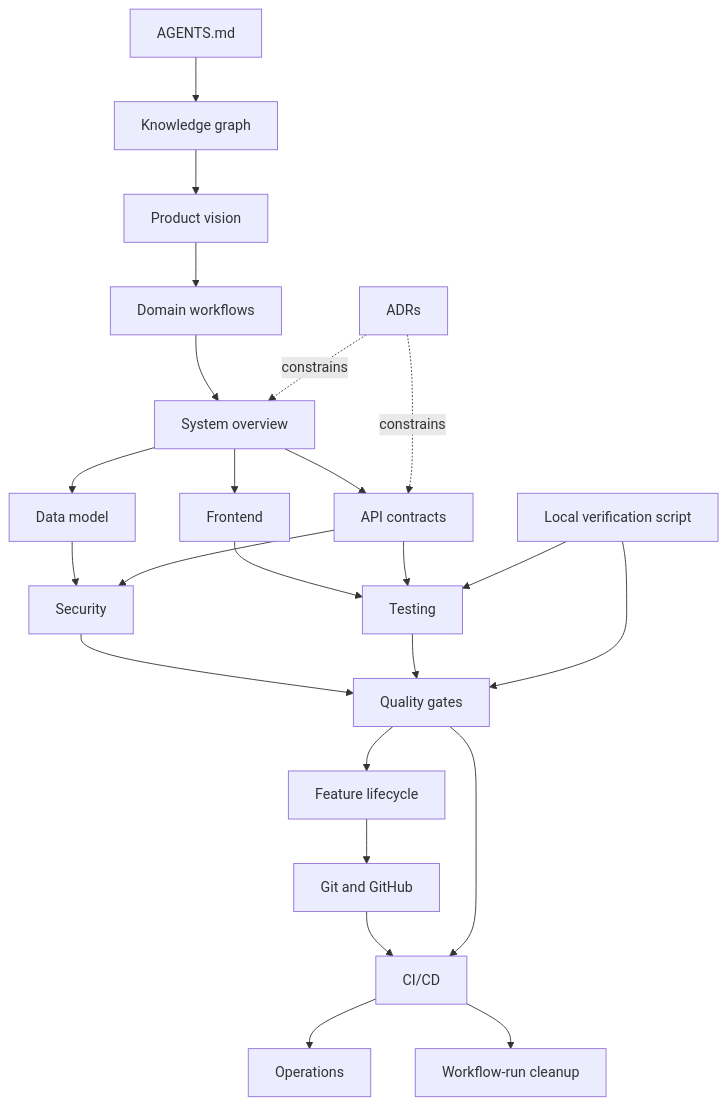
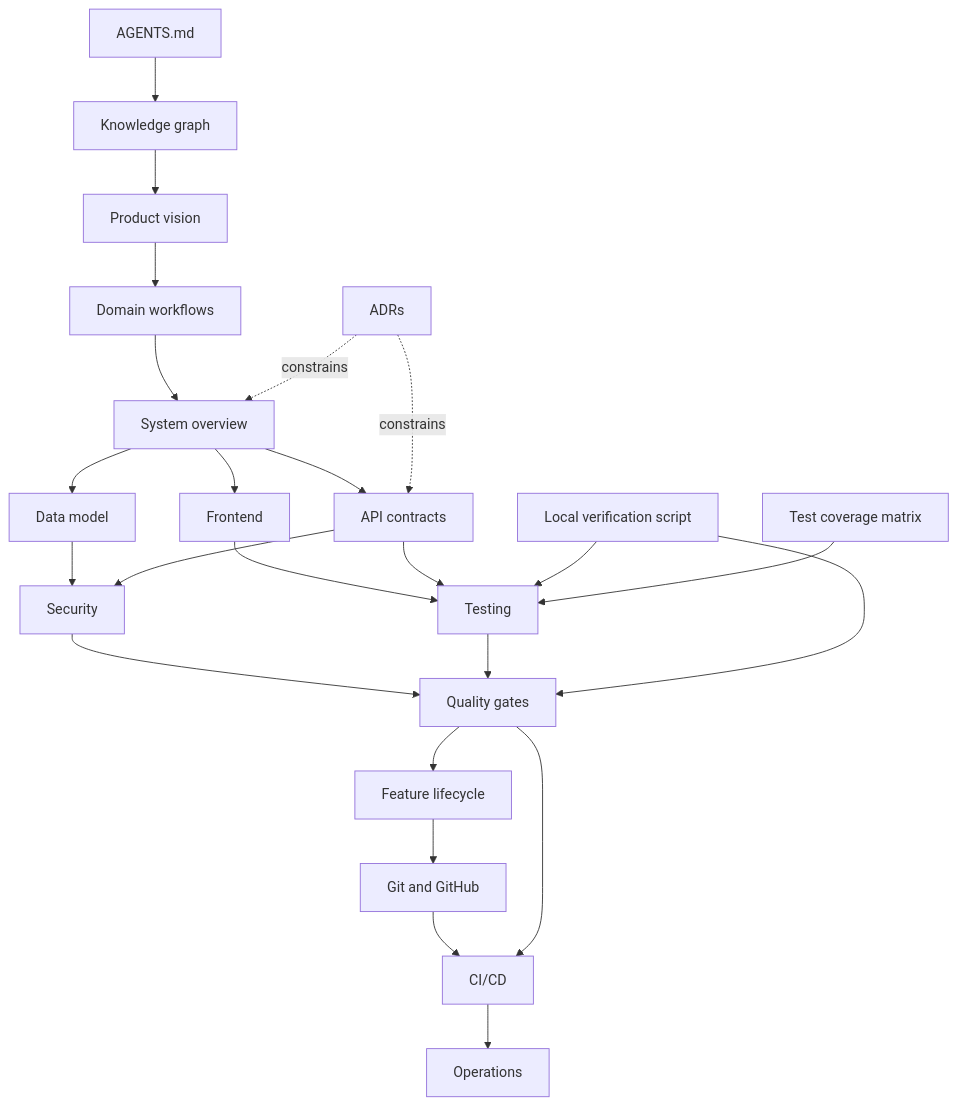
The diagram in docs/knowledge-graph.md (AminBrave/rad-art-marketplace), drawn with Mermaid before and after one commit. The commit also changed other lines of this file and 8 other files, not shown here.

Commit message:
test: establish domain-based testing architecture and coverage matrix

````diff
--- a/docs/knowledge-graph.md
+++ b/docs/knowledge-graph.md
@@ -5,26 +5,26 @@
-```mermaid
+~~~mermaid
 flowchart TD
  A[AGENTS.md] --> K[Knowledge graph]
  K --> P[Product vision]
  P --> D[Domain workflows]
  D --> S[System overview]
  S --> M[Data model]
  S --> F[Frontend]
  S --> API[API contracts]
  M --> SEC[Security]
  API --> SEC
  F --> T[Testing]
  API --> T
  SEC --> Q[Quality gates]
  T --> Q
  Q --> L[Feature lifecycle]
  L --> G[Git and GitHub]
  G --> C[CI/CD]
  Q --> C
  C --> O[Operations]
- C --> R[Workflow-run cleanup]
  ADR[ADRs] -. constrains .-> S
  ADR -. constrains .-> API
  V[Local verification script] --> T
  V --> Q
-```
+ CM[Test coverage matrix] --> T
+~~~
````
